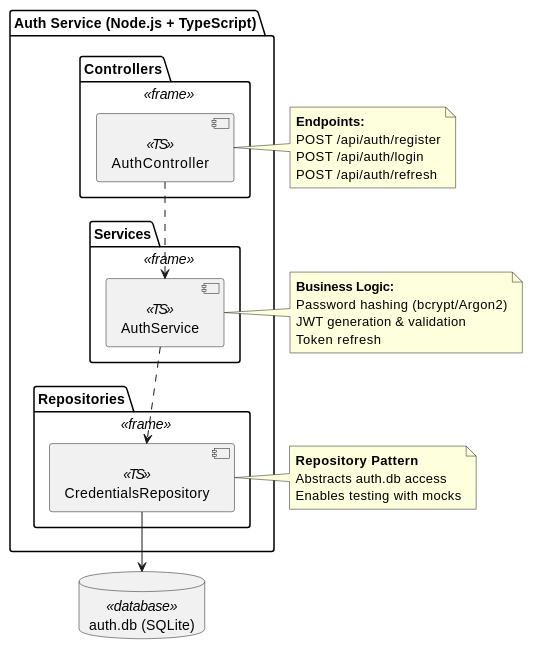
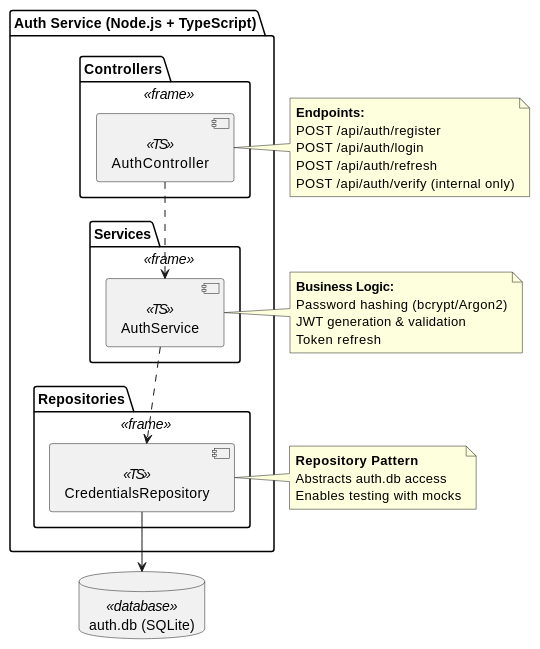
Before and after one commit to Arquisoft/yovi_es1c: the second of 5 diagrams in docs/src/05_building_block_view.adoc, drawn with PlantUML. The commit also changed other lines of this file and 7 other files, not shown here.

```diff
--- a/docs/src/05_building_block_view.adoc
+++ b/docs/src/05_building_block_view.adoc
@@ -194,46 +229,47 @@
 [plantuml, level2-auth, png]
 ----
 @startuml
 package "Auth Service (Node.js + TypeScript)" {
 
   package "Controllers" <<frame>> {
     component [AuthController] <<TS>>
   }
 
   package "Services" <<frame>> {
     component [AuthService] <<TS>>
   }
 
   package "Repositories" <<frame>> {
     component [CredentialsRepository] <<TS>>
   }
 }
 
 database "auth.db (SQLite)" as authdb <<database>>
 
 [AuthController] ..> [AuthService]
 [AuthService] ..> [CredentialsRepository]
 [CredentialsRepository] --> authdb
 
 note right of [AuthController]
   **Endpoints:**
   POST /api/auth/register
   POST /api/auth/login
   POST /api/auth/refresh
+  POST /api/auth/verify (internal only)
 end note
 
 note right of [AuthService]
   **Business Logic:**
   Password hashing (bcrypt/Argon2)
   JWT generation & validation
   Token refresh
 end note
 
 note right of [CredentialsRepository]
   **Repository Pattern**
   Abstracts auth.db access
   Enables testing with mocks
 end note
 
 @enduml
 ----
```
